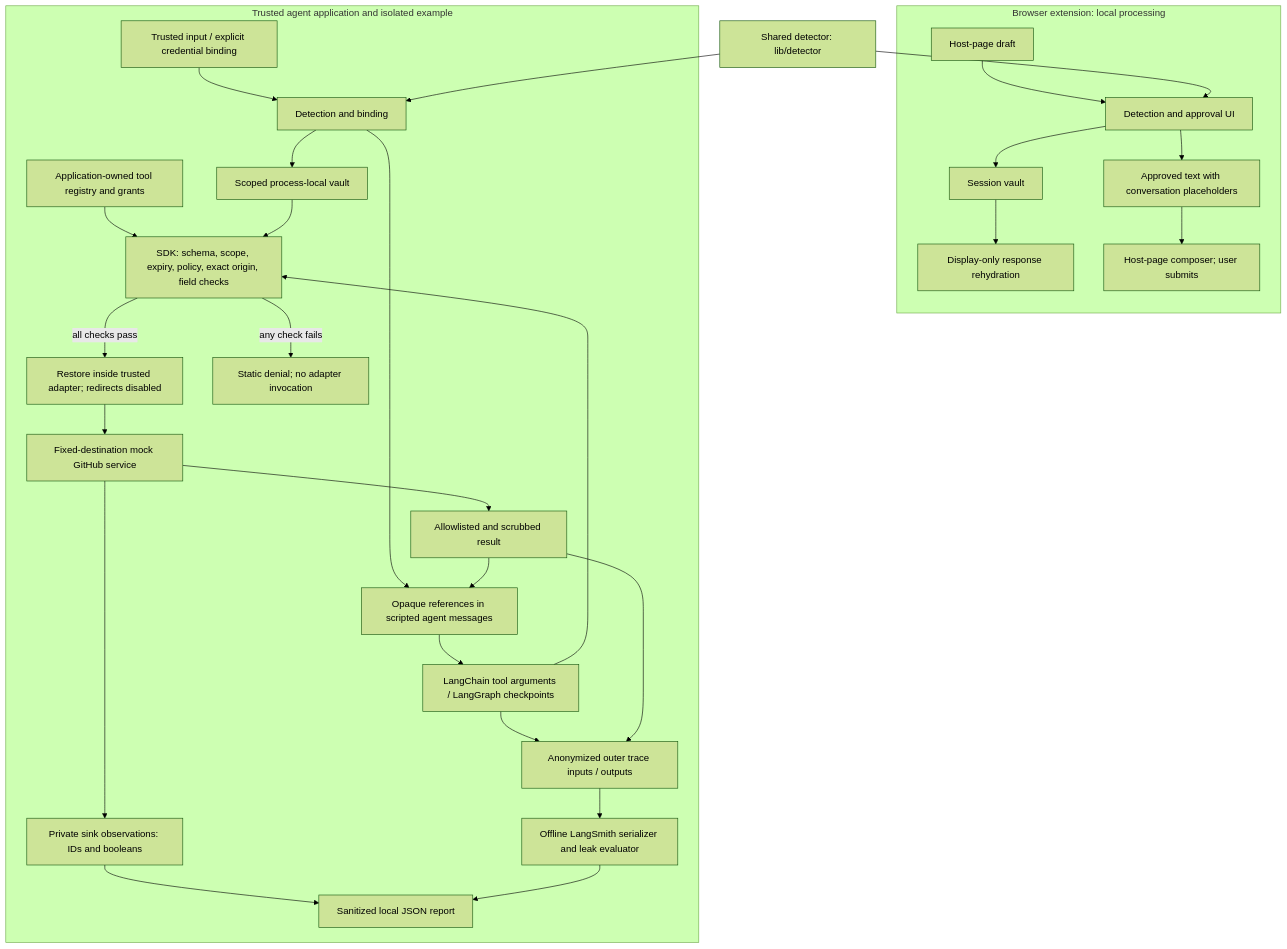
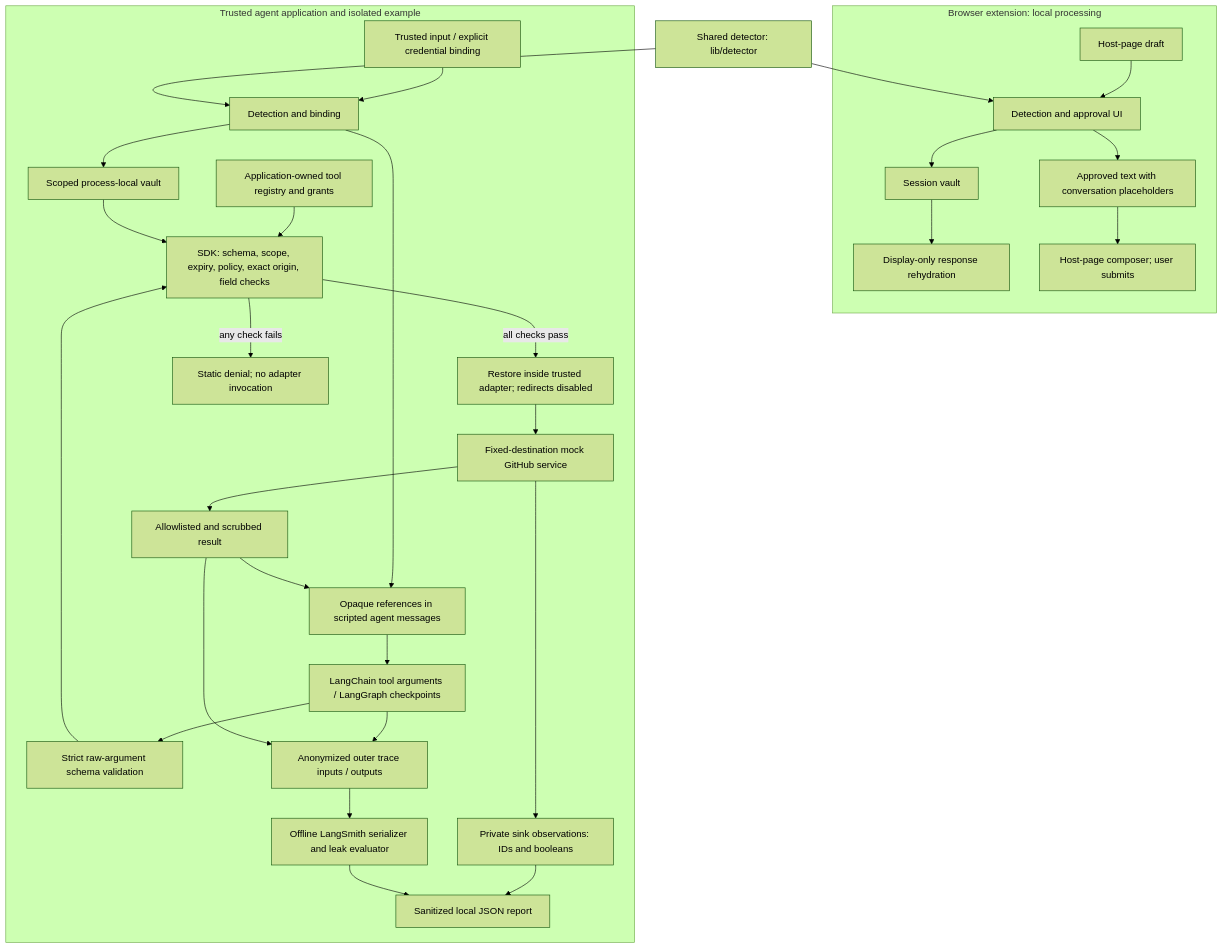
The diagram in README.md (SyamalathaSeera/ai_prompt_assistant), drawn with Mermaid (forest theme) before and after one commit. The commit also changed other lines of this file and 16 other files, not shown here.

````diff
--- a/README.md
+++ b/README.md
@@ -18,33 +18,34 @@
 ```mermaid
 flowchart TB
   D["Shared detector: lib/detector"]
   subgraph Browser["Browser extension: local processing"]
     Draft["Host-page draft"] --> Scan["Detection and approval UI"]
     Scan --> Redact["Approved text with conversation placeholders"]
     Scan --> BV["Session vault"]
     BV --> Display["Display-only response rehydration"]
     Redact --> Page["Host-page composer; user submits"]
   end
   D --> Scan
   subgraph Agent["Trusted agent application and isolated example"]
     Input["Trusted input / explicit credential binding"] --> Bind["Detection and binding"]
     Bind --> Vault["Scoped process-local vault"]
     Bind --> Model["Opaque references in scripted agent messages"]
     Model --> Call["LangChain tool arguments / LangGraph checkpoints"]
-    Call --> Auth["SDK: schema, scope, expiry, policy, exact origin, field checks"]
+    Call --> Gate["Strict raw-argument schema validation"]
+    Gate --> Auth["SDK: schema, scope, expiry, policy, exact origin, field checks"]
     Trusted["Application-owned tool registry and grants"] --> Auth
     Vault --> Auth
     Auth -->|"all checks pass"| Execute["Restore inside trusted adapter; redirects disabled"]
     Auth -->|"any check fails"| Deny["Static denial; no adapter invocation"]
     Execute --> Mock["Fixed-destination mock GitHub service"]
     Mock --> Safe["Allowlisted and scrubbed result"]
     Safe --> Model
     Call --> Trace["Anonymized outer trace inputs / outputs"]
     Safe --> Trace
     Trace --> Eval["Offline LangSmith serializer and leak evaluator"]
     Mock --> Observe["Private sink observations: IDs and booleans"]
     Observe --> Report["Sanitized local JSON report"]
     Eval --> Report
   end
   D --> Bind
 ```
````
